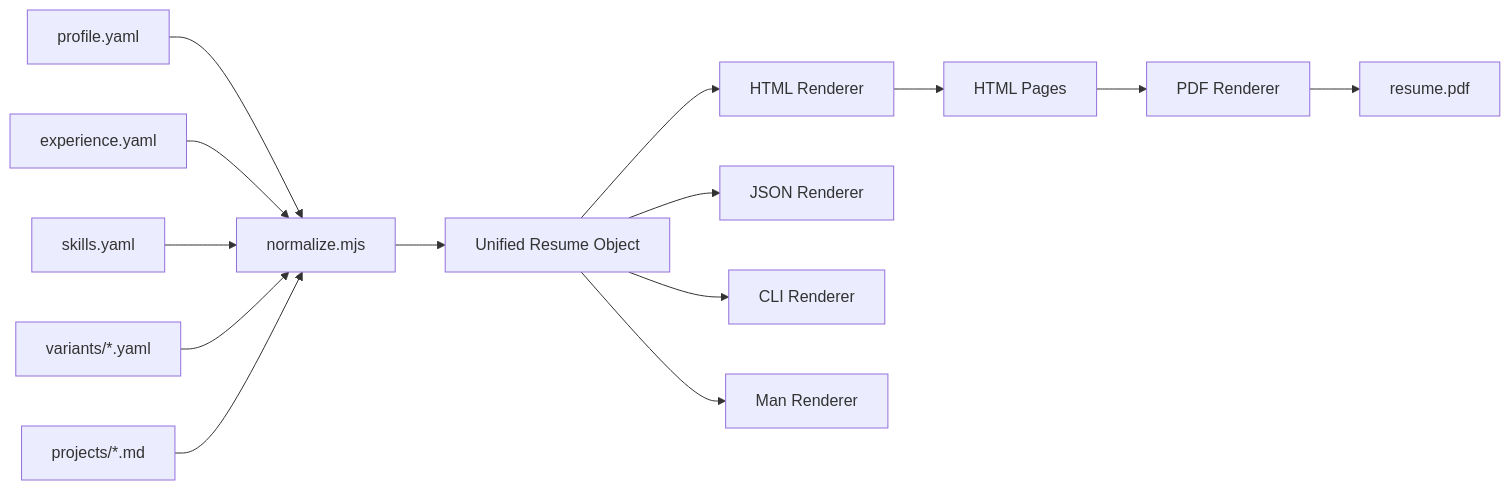
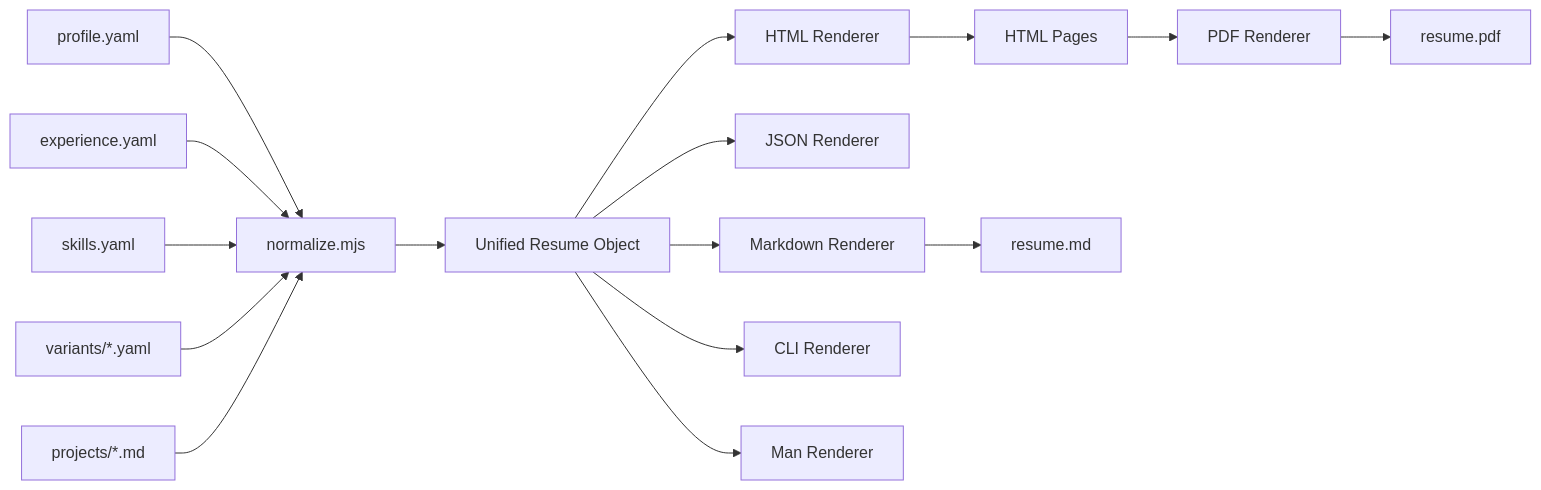
Before and after one commit to Shadowzzh/resume: the second of 3 diagrams in docs/architecture-and-flow.md, drawn with Mermaid. The commit also changed other lines of this file and 6 other files, not shown here.

````diff
--- a/docs/architecture-and-flow.md
+++ b/docs/architecture-and-flow.md
@@ -106,18 +109,20 @@
 ```mermaid
 flowchart LR
     A[profile.yaml] --> N
     B[experience.yaml] --> N
     C[skills.yaml] --> N
     D[variants/*.yaml] --> N
     E[projects/*.md] --> N
     N[normalize.mjs] --> R[Unified Resume Object]
 
     R --> H[HTML Renderer]
     R --> J[JSON Renderer]
-    R --> K[CLI Renderer]
+    R --> K[Markdown Renderer]
+    R --> L[CLI Renderer]
     R --> M[Man Renderer]
 
     H --> T[HTML Pages]
+    K --> U[resume.md]
     T --> P[PDF Renderer]
-    P --> U[resume.pdf]
+    P --> V[resume.pdf]
 ```
````
